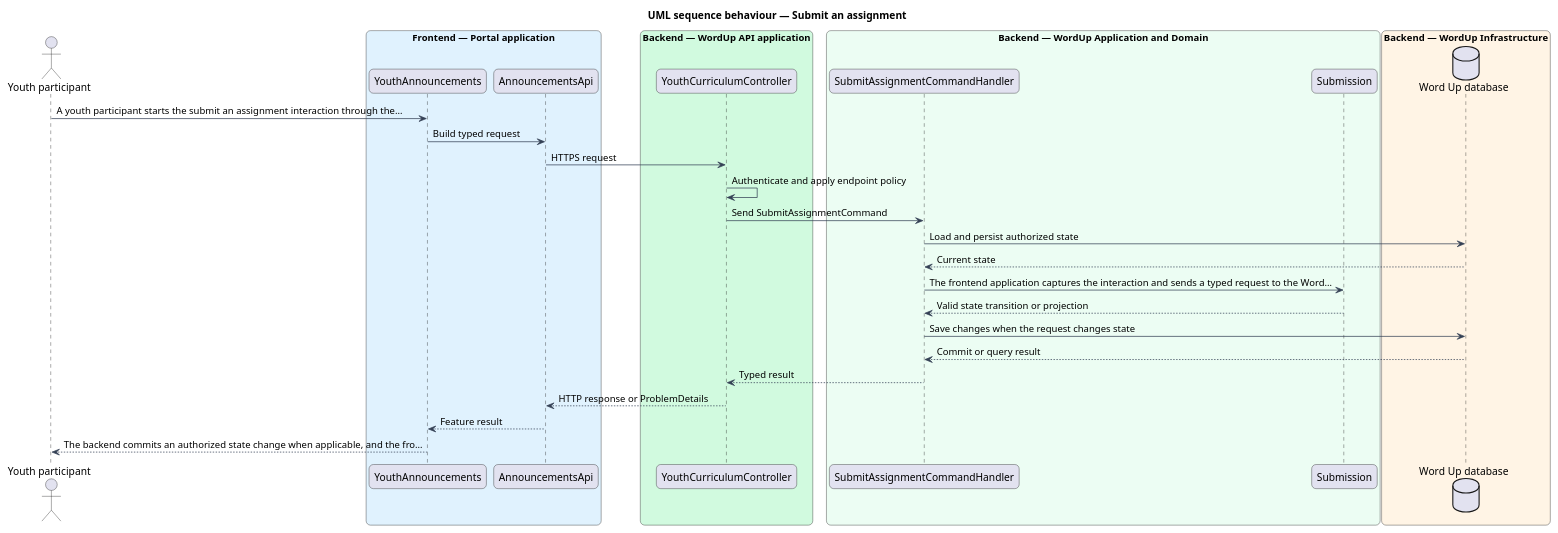
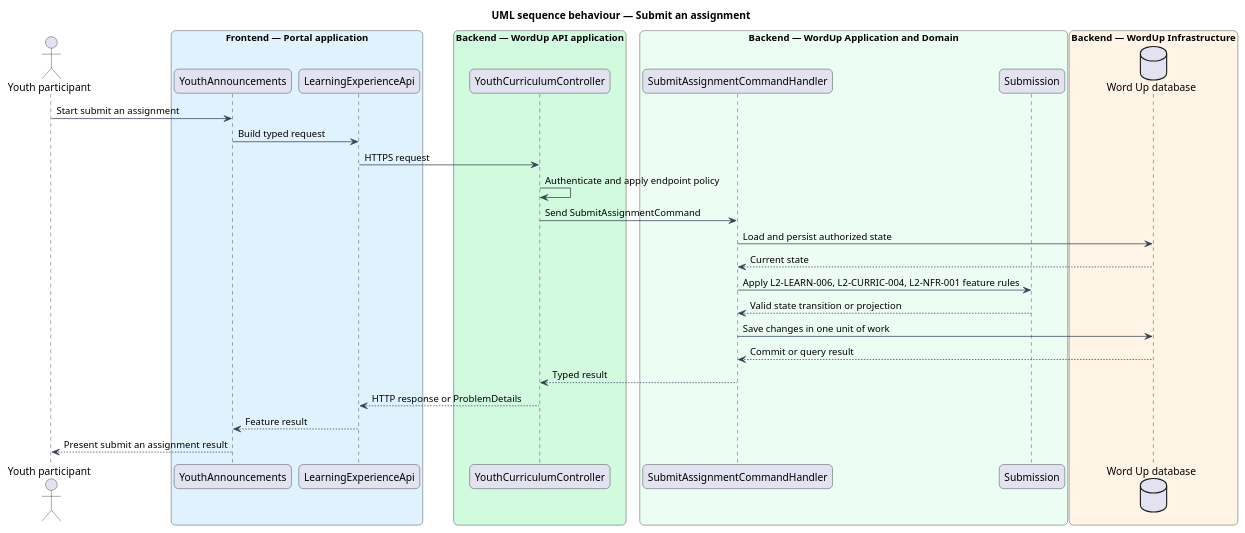
Before and after one commit to QuinntyneBrown/waypoint: the diagram in docs/detailed-designs/learning-experience/submit-assignments/diagrams/sequence-behaviour.puml, drawn with PlantUML. The commit also changed 1112 other files, not shown here.

```diff
--- a/docs/detailed-designs/learning-experience/submit-assignments/diagrams/sequence-behaviour.puml
+++ b/docs/detailed-designs/learning-experience/submit-assignments/diagrams/sequence-behaviour.puml
@@ -1,48 +1,48 @@
 @startuml
 
 title UML sequence behaviour — Submit an assignment
 skinparam backgroundColor #FFFFFF
 skinparam shadowing false
 skinparam roundcorner 12
 skinparam defaultFontName Arial
 skinparam ArrowColor #344054
 skinparam rectangle {
   BorderColor #344054
   FontColor #101828
 }
 skinparam package {
   BorderColor #667085
   FontColor #101828
   BackgroundColor #F9FAFB
 }
 actor "Youth participant" as actor
 box "Frontend — Portal application" #E0F2FE
   participant "YouthAnnouncements" as page
-  participant "AnnouncementsApi" as client
+  participant "LearningExperienceApi" as client
 end box
 box "Backend — WordUp API application" #D1FADF
   participant "YouthCurriculumController" as controller
 end box
 box "Backend — WordUp Application and Domain" #ECFDF3
   participant "SubmitAssignmentCommandHandler" as handler
   participant "Submission" as entity
 end box
 box "Backend — WordUp Infrastructure" #FFF4E5
   database "Word Up database" as db
 end box
-actor -> page : A youth participant starts the submit an assignment interaction through the…
+actor -> page : Start submit an assignment
 page -> client : Build typed request
 client -> controller : HTTPS request
 controller -> controller : Authenticate and apply endpoint policy
 controller -> handler : Send SubmitAssignmentCommand
 handler -> db : Load and persist authorized state
 db --> handler : Current state
-handler -> entity : The frontend application captures the interaction and sends a typed request to the Word…
+handler -> entity : Apply L2-LEARN-006, L2-CURRIC-004, L2-NFR-001 feature rules
 entity --> handler : Valid state transition or projection
-handler -> db : Save changes when the request changes state
+handler -> db : Save changes in one unit of work
 db --> handler : Commit or query result
 handler --> controller : Typed result
 controller --> client : HTTP response or ProblemDetails
 client --> page : Feature result
-page --> actor : The backend commits an authorized state change when applicable, and the fro…
+page --> actor : Present submit an assignment result
 @enduml
```
